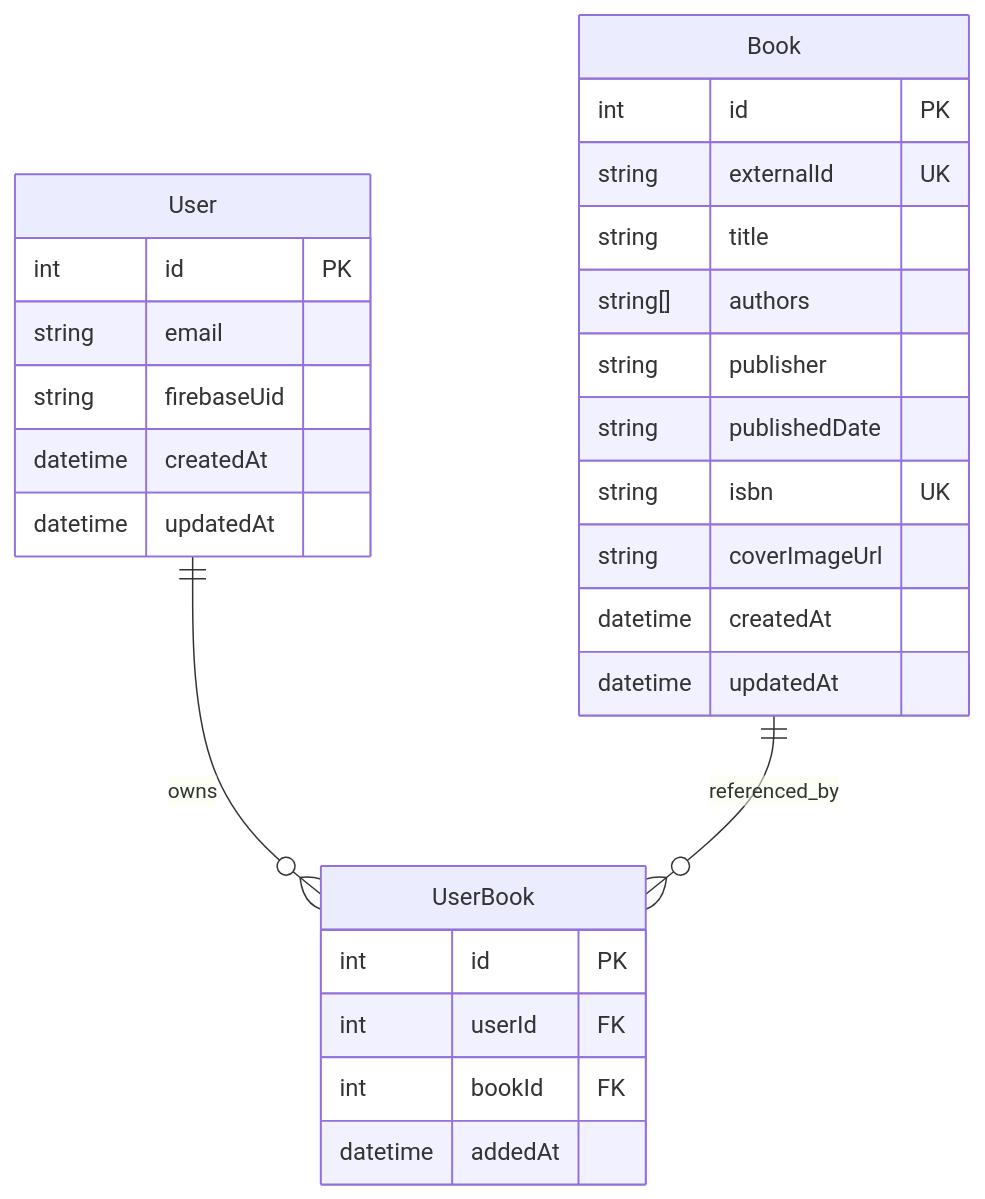
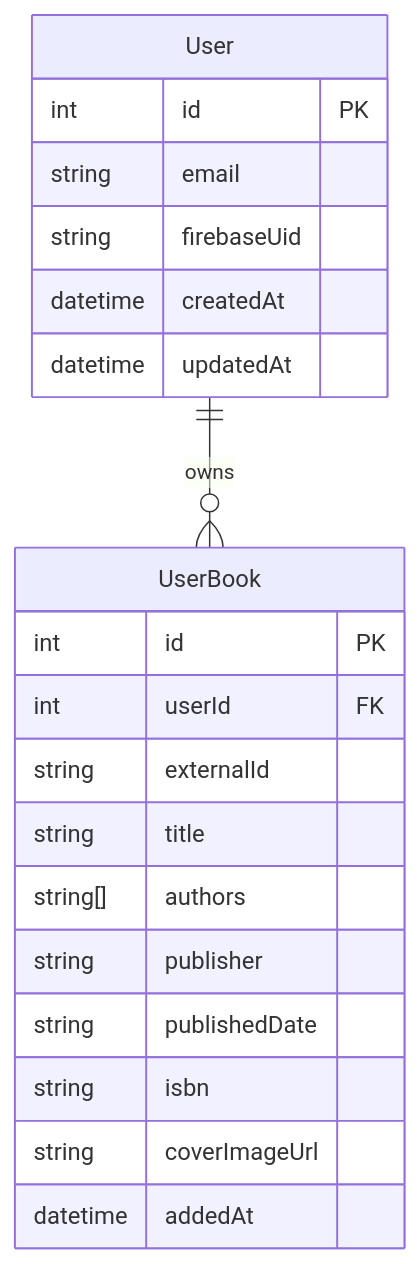
Before and after one commit to sora-ichigo/shelfie: the fourth of 4 diagrams in .kiro/specs/book-search/design.md, drawn with Mermaid. The commit also changed other lines of this file and 11 other files, not shown here.

````diff
--- a/.kiro/specs/book-search/design.md
+++ b/.kiro/specs/book-search/design.md
@@ -601,33 +596,25 @@
 ```mermaid
 erDiagram
     User ||--o{ UserBook : owns
-    Book ||--o{ UserBook : referenced_by
 
     User {
         int id PK
         string email
         string firebaseUid
         datetime createdAt
         datetime updatedAt
     }
 
-    Book {
+    UserBook {
         int id PK
-        string externalId UK
+        int userId FK
+        string externalId
         string title
         string[] authors
         string publisher
         string publishedDate
-        string isbn UK
+        string isbn
         string coverImageUrl
-        datetime createdAt
-        datetime updatedAt
-    }
-
-    UserBook {
-        int id PK
-        int userId FK
-        int bookId FK
         datetime addedAt
     }
 ```
````
